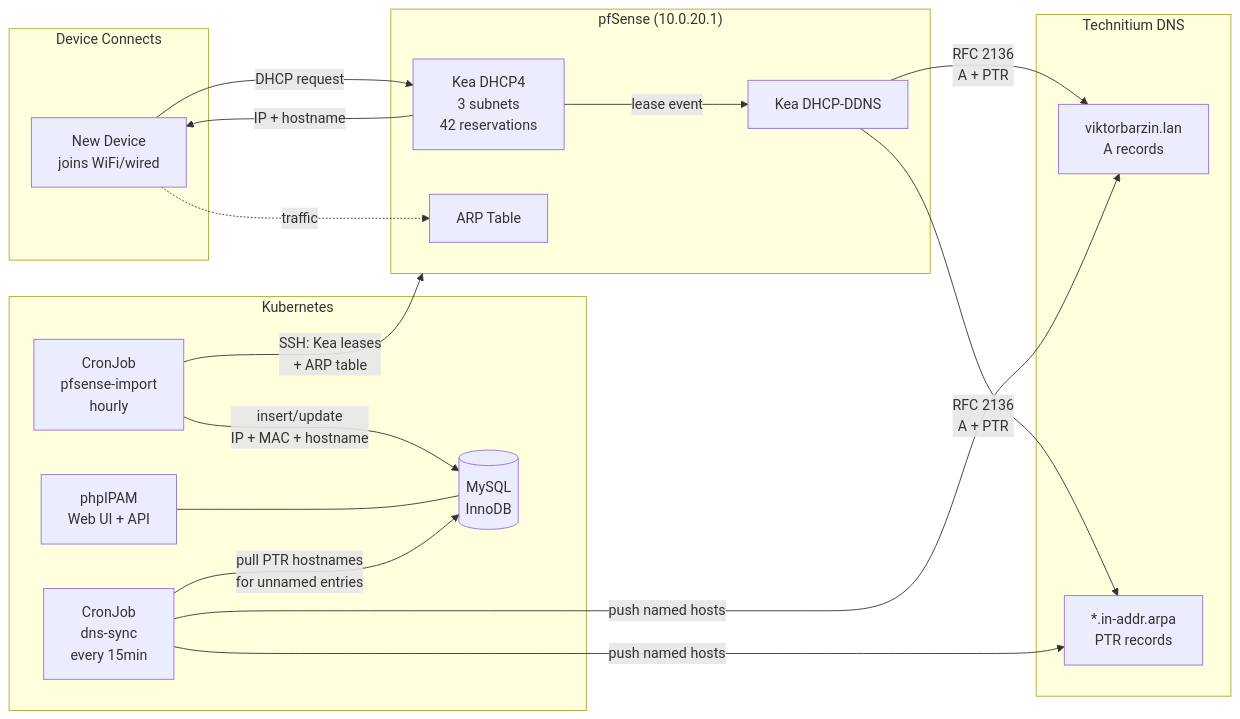
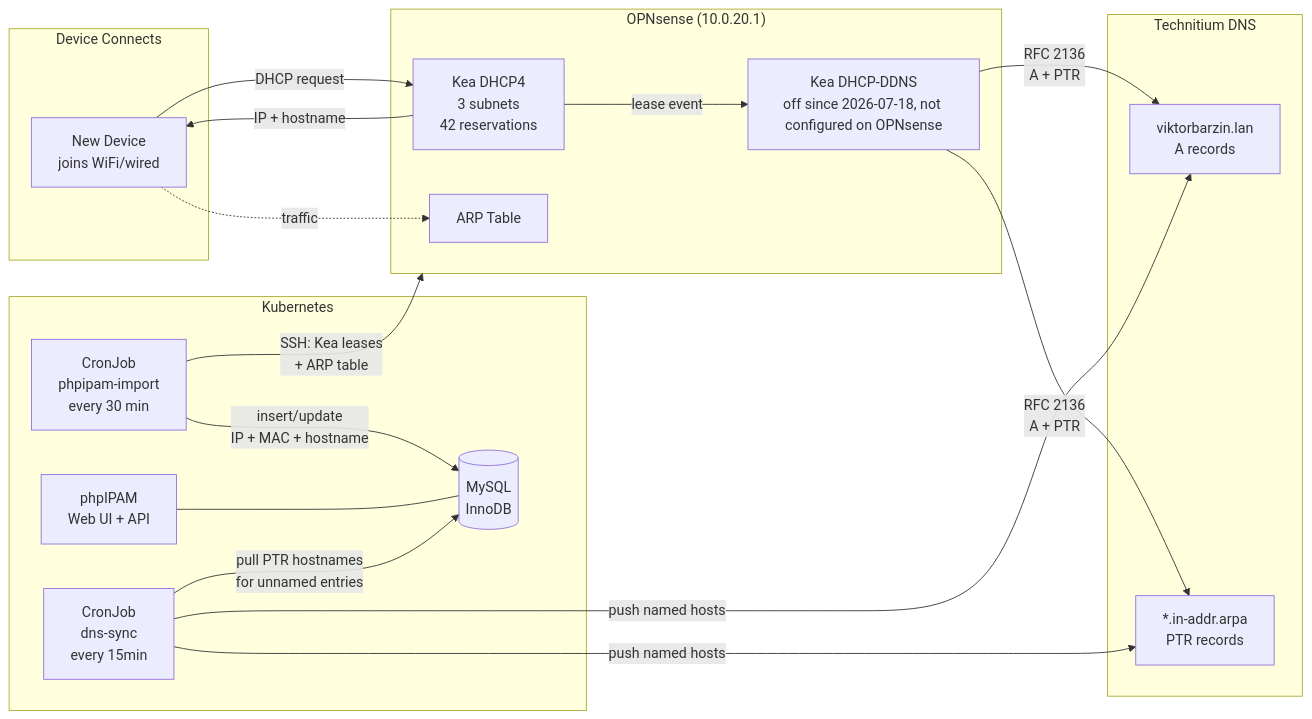
Before and after one commit to ViktorBarzin/infra: the third of 5 diagrams in docs/architecture/networking.md, drawn with Mermaid. The commit also changed other lines of this file and 53 other files, not shown here.

````diff
--- a/docs/architecture/networking.md
+++ b/docs/architecture/networking.md
@@ -175,38 +177,38 @@
 ```mermaid
 flowchart LR
     subgraph "Device Connects"
         Device[New Device<br/>joins WiFi/wired]
     end
 
-    subgraph pfSense["pfSense (10.0.20.1)"]
+    subgraph OPNsense["OPNsense (10.0.20.1)"]
         Kea[Kea DHCP4<br/>3 subnets<br/>42 reservations]
-        DDNS[Kea DHCP-DDNS]
+        DDNS[Kea DHCP-DDNS<br/>off since 2026-07-18, not configured on OPNsense]
         ARP[ARP Table]
     end
 
     subgraph K8s["Kubernetes"]
-        Import[CronJob<br/>pfsense-import<br/>hourly]
+        Import[CronJob<br/>phpipam-import<br/>every 30 min]
         Sync[CronJob<br/>dns-sync<br/>every 15min]
         IPAM[phpIPAM<br/>Web UI + API]
         MySQL[(MySQL<br/>InnoDB)]
     end
 
     subgraph DNS["Technitium DNS"]
         Forward[viktorbarzin.lan<br/>A records]
         Reverse[*.in-addr.arpa<br/>PTR records]
     end
 
     Device -->|DHCP request| Kea
     Kea -->|IP + hostname| Device
     Kea -->|lease event| DDNS
     DDNS -->|RFC 2136<br/>A + PTR| Forward
     DDNS -->|RFC 2136<br/>A + PTR| Reverse
     Device -.->|traffic| ARP
 
-    Import -->|SSH: Kea leases<br/>+ ARP table| pfSense
+    Import -->|SSH: Kea leases<br/>+ ARP table| OPNsense
     Import -->|insert/update<br/>IP + MAC + hostname| MySQL
     IPAM --- MySQL
     Sync -->|push named hosts| Forward
     Sync -->|push named hosts| Reverse
     Sync -->|pull PTR hostnames<br/>for unnamed entries| MySQL
 ```
````
